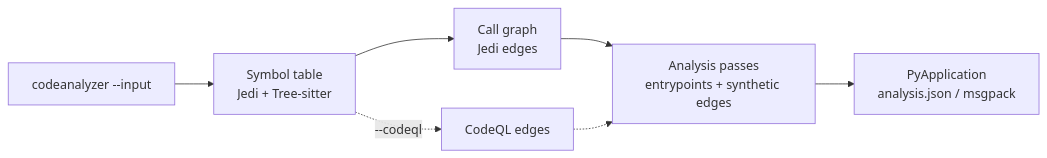
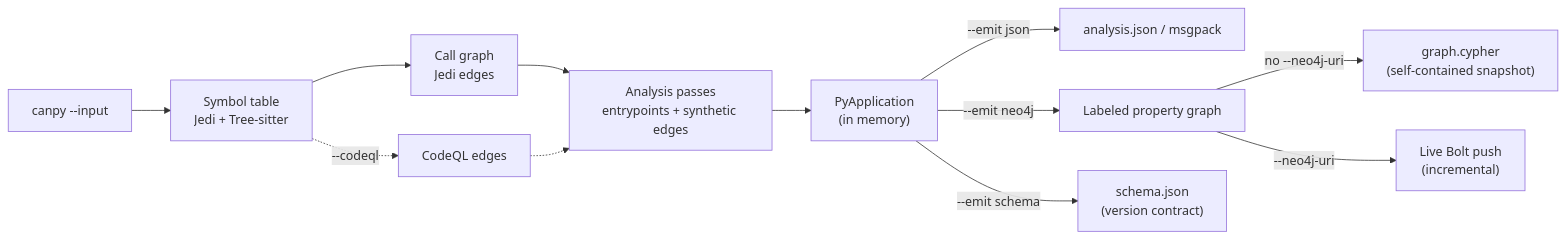
The diagram in src/content/docs/what-is-codeanalyzer.mdx (codellm-devkit/codeanalyzer-python), drawn with Mermaid before and after one commit. The commit also changed other lines of this file and 14 other files, not shown here.

First line of the commit message:
docs: document Neo4j property-graph output (scale, Kubernetes, enterprise)

````diff
--- a/src/content/docs/what-is-codeanalyzer.mdx
+++ b/src/content/docs/what-is-codeanalyzer.mdx
@@ -26,10 +35,14 @@
 ```mermaid
 flowchart LR
-    A["codeanalyzer --input"] --> B[Symbol table<br/>Jedi + Tree-sitter]
+    A["canpy --input"] --> B[Symbol table<br/>Jedi + Tree-sitter]
     B --> C[Call graph<br/>Jedi edges]
     B -.->|--codeql| D[CodeQL edges]
     C --> E[Analysis passes<br/>entrypoints + synthetic edges]
     D -.-> E
-    E --> F["PyApplication
-analysis.json / msgpack"]
+    E --> F["PyApplication<br/>(in memory)"]
+    F -->|"--emit json"| G["analysis.json / msgpack"]
+    F -->|"--emit neo4j"| H["Labeled property graph"]
+    F -->|"--emit schema"| K["schema.json<br/>(version contract)"]
+    H -->|"no --neo4j-uri"| I["graph.cypher<br/>(self-contained snapshot)"]
+    H -->|"--neo4j-uri"| J["Live Bolt push<br/>(incremental)"]
 ```
````
